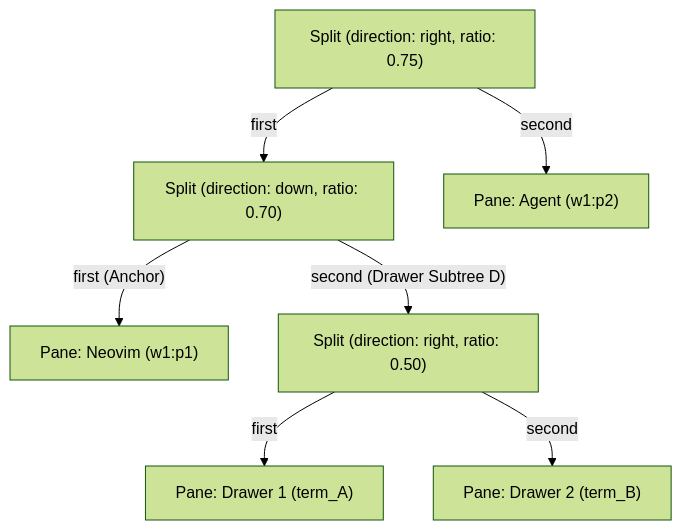
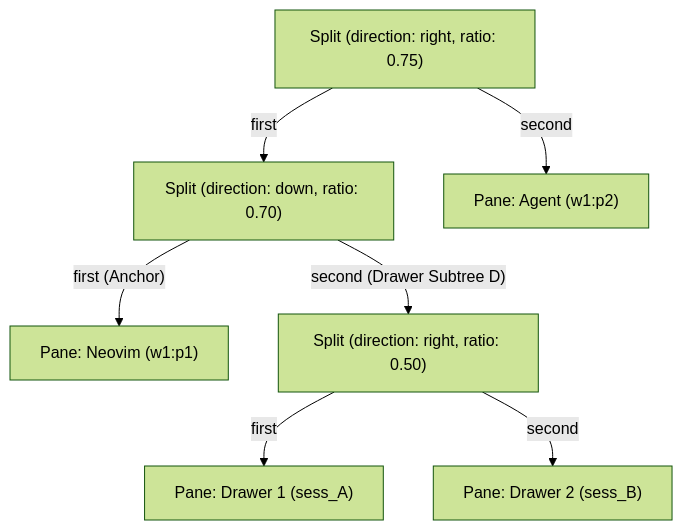
One commit to iancharters/herdr-drawer changed the second of 2 diagrams in README.md. Above: the diagram before and after it, drawn with Mermaid (forest theme). The commit also changed other lines of this file and 7 other files, not shown here.

````diff
--- a/README.md
+++ b/README.md
@@ -100,17 +100,17 @@
 ```mermaid
 flowchart TD
     TabRoot["Split (direction: right, ratio: 0.75)"]
     DrawerSplit["Split (direction: down, ratio: 0.70)"]
     EditorPane["Pane: Neovim (w1:p1)"]
     AgentPane["Pane: Agent (w1:p2)"]
     InnerSplit["Split (direction: right, ratio: 0.50)"]
-    Drawer1["Pane: Drawer 1 (term_A)"]
-    Drawer2["Pane: Drawer 2 (term_B)"]
+    Drawer1["Pane: Drawer 1 (sess_A)"]
+    Drawer2["Pane: Drawer 2 (sess_B)"]
 
     TabRoot -->|"first"| DrawerSplit
     TabRoot -->|"second"| AgentPane
     DrawerSplit -->|"first (Anchor)"| EditorPane
     DrawerSplit -->|"second (Drawer Subtree D)"| InnerSplit
     InnerSplit -->|"first"| Drawer1
     InnerSplit -->|"second"| Drawer2
 ```
````
